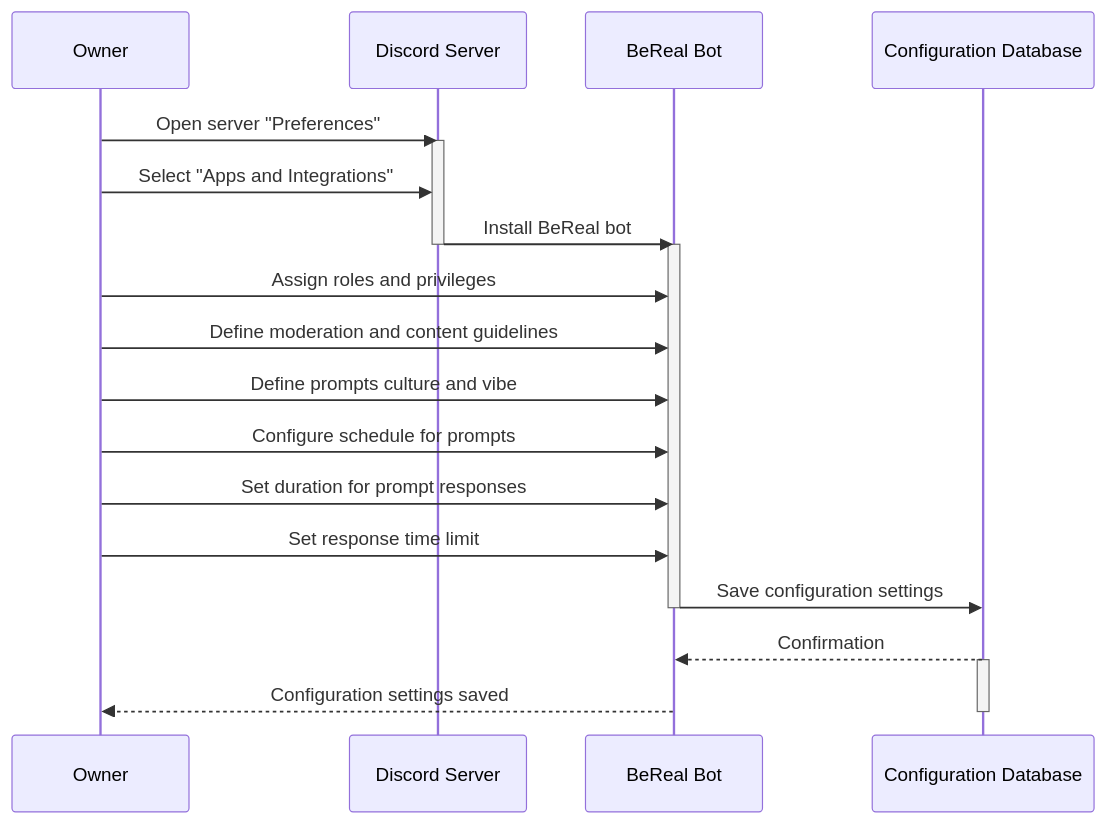
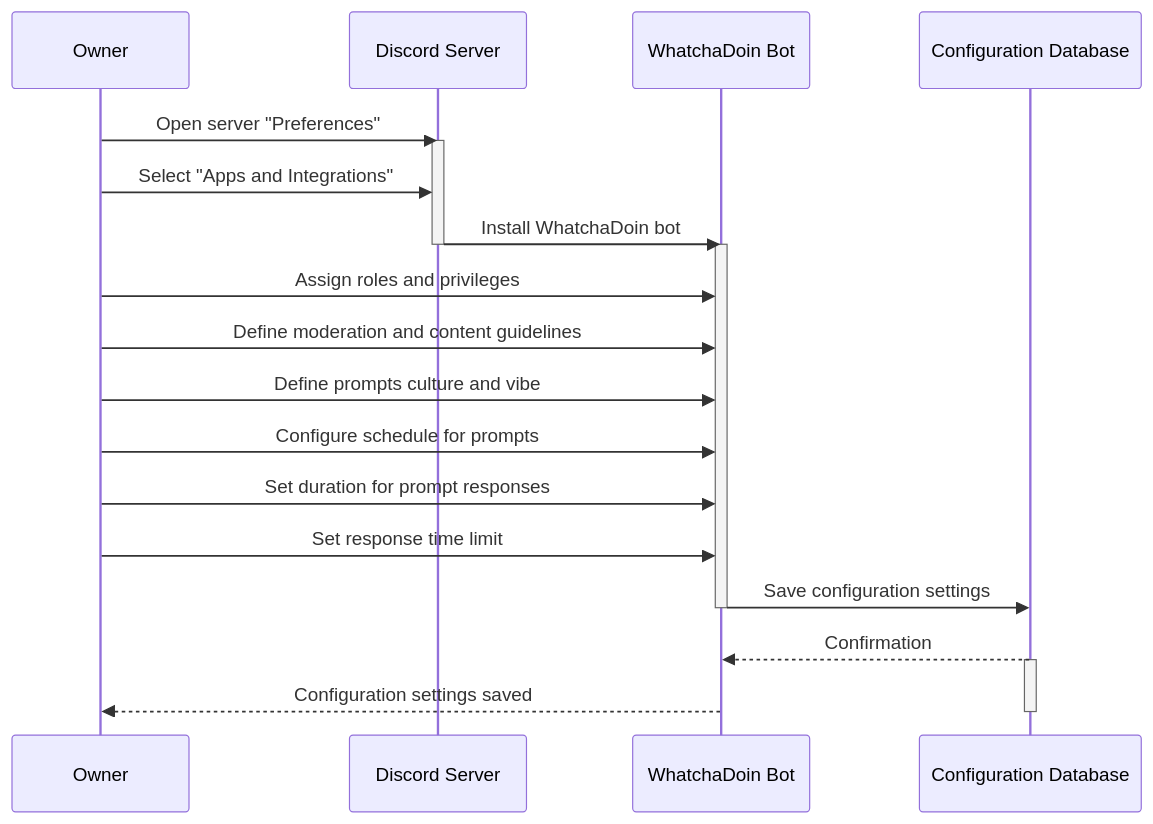
One commit to Capstone-Projects-2023-Fall/project-bereal-meets-slack changed the third of 11 diagrams in documentation/docs/system-architecture/design.md. Above: the diagram before and after it, drawn with Mermaid. The commit also changed other lines of this file, not shown here.

````diff
--- a/documentation/docs/system-architecture/design.md
+++ b/documentation/docs/system-architecture/design.md
@@ -214,28 +214,28 @@
 ```mermaid
 
 sequenceDiagram
     participant Owner as Owner
     participant Discord as Discord Server
-    participant BeRealBot as BeReal Bot
+    participant WhatchaDoinBot as WhatchaDoin Bot
     participant Database as Configuration Database
 
     Owner ->> Discord: Open server "Preferences"
     activate Discord
     Owner ->> Discord: Select "Apps and Integrations"
-    Discord ->> BeRealBot: Install BeReal bot
+    Discord ->> WhatchaDoinBot: Install WhatchaDoin bot
     deactivate Discord
-    activate BeRealBot
-    Owner ->> BeRealBot: Assign roles and privileges
-    Owner ->> BeRealBot: Define moderation and content guidelines
-    Owner ->> BeRealBot: Define prompts culture and vibe
-    Owner ->> BeRealBot: Configure schedule for prompts
-    Owner ->> BeRealBot: Set duration for prompt responses
-    Owner ->> BeRealBot: Set response time limit
-    BeRealBot ->> Database: Save configuration settings
-    deactivate BeRealBot
-    Database -->> BeRealBot: Confirmation
+    activate WhatchaDoinBot
+    Owner ->> WhatchaDoinBot: Assign roles and privileges
+    Owner ->> WhatchaDoinBot: Define moderation and content guidelines
+    Owner ->> WhatchaDoinBot: Define prompts culture and vibe
+    Owner ->> WhatchaDoinBot: Configure schedule for prompts
+    Owner ->> WhatchaDoinBot: Set duration for prompt responses
+    Owner ->> WhatchaDoinBot: Set response time limit
+    WhatchaDoinBot ->> Database: Save configuration settings
+    deactivate WhatchaDoinBot
+    Database -->> WhatchaDoinBot: Confirmation
     activate Database
-    BeRealBot -->> Owner: Configuration settings saved
+    WhatchaDoinBot -->> Owner: Configuration settings saved
     deactivate Database
 
 ```
````
